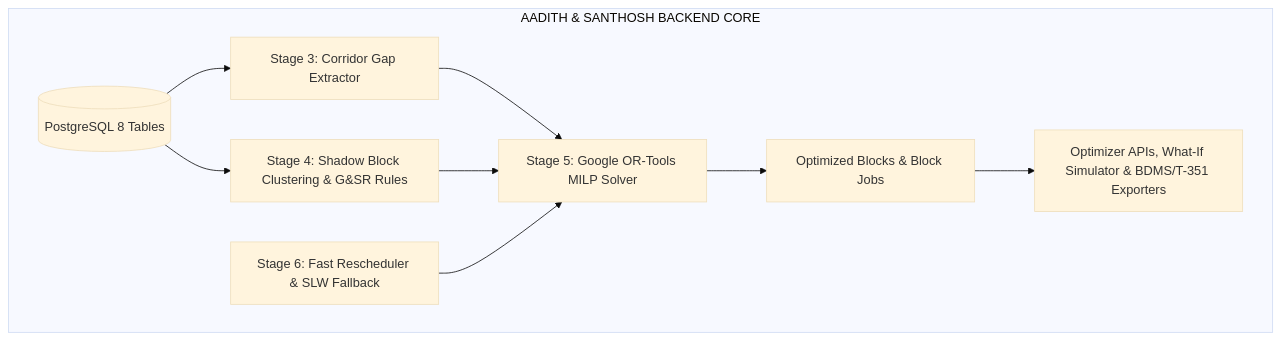
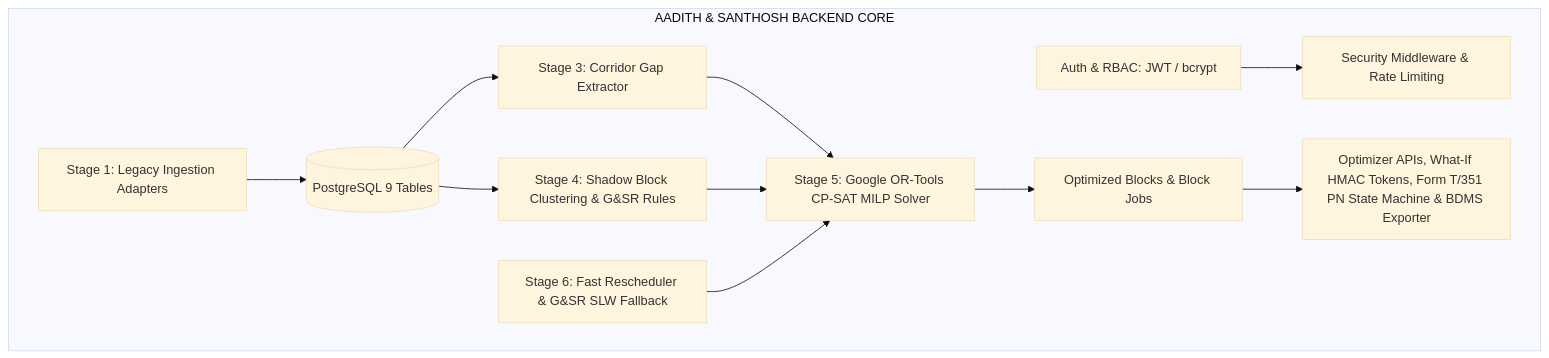
One commit to Santo29SL/SIH26-RailBlock changed the diagram in docs/core/backend_core_spec_aadith_santhosh.md. Above: the diagram before and after it, drawn with Mermaid (base theme). The commit also changed other lines of this file and 10 other files, not shown here.

````diff
--- a/docs/core/backend_core_spec_aadith_santhosh.md
+++ b/docs/core/backend_core_spec_aadith_santhosh.md
@@ -16,11 +18,13 @@
 ```mermaid
 flowchart TD
     subgraph AADITH & SANTHOSH BACKEND CORE
-        DB[(PostgreSQL 8 Tables)] --> GAP[Stage 3: Corridor Gap Extractor]
+        AUTH[Auth & RBAC: JWT / bcrypt] --> SEC[Security Middleware & Rate Limiting]
+        ING[Stage 1: Legacy Ingestion Adapters] --> DB[(PostgreSQL 9 Tables)]
+        DB --> GAP[Stage 3: Corridor Gap Extractor]
         DB --> CLUST[Stage 4: Shadow Block Clustering & G&SR Rules]
-        GAP & CLUST --> OR[Stage 5: Google OR-Tools MILP Solver]
+        GAP & CLUST --> OR[Stage 5: Google OR-Tools CP-SAT MILP Solver]
         OR --> SCHED[Optimized Blocks & Block Jobs]
-        RT[Stage 6: Fast Rescheduler & SLW Fallback] --> OR
-        SCHED --> API[Optimizer APIs, What-If Simulator & BDMS/T-351 Exporters]
+        RT[Stage 6: Fast Rescheduler & G&SR SLW Fallback] --> OR
+        SCHED --> API[Optimizer APIs, What-If HMAC Tokens, Form T/351 PN State Machine & BDMS Exporter]
     end
 ```
````
